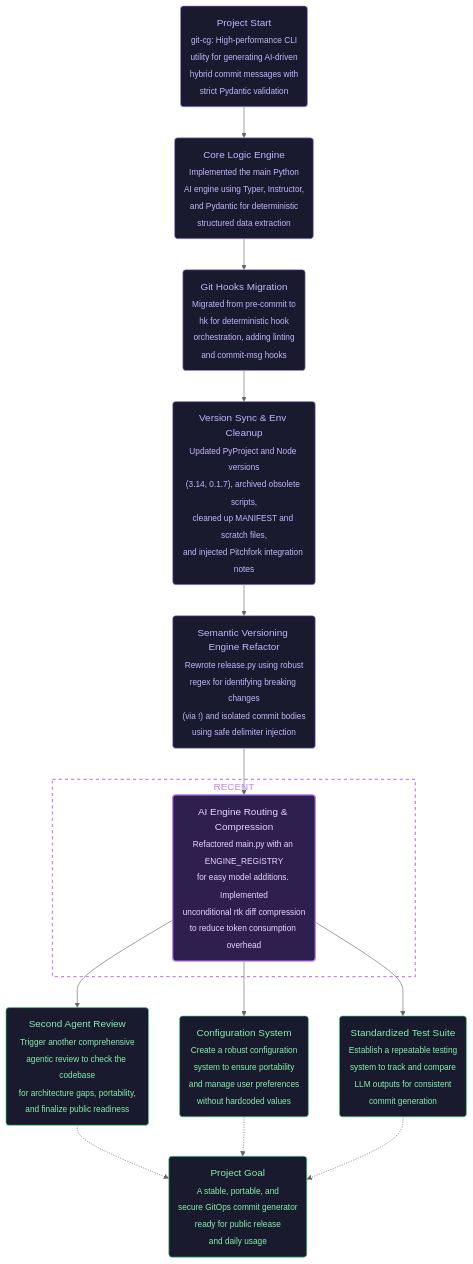
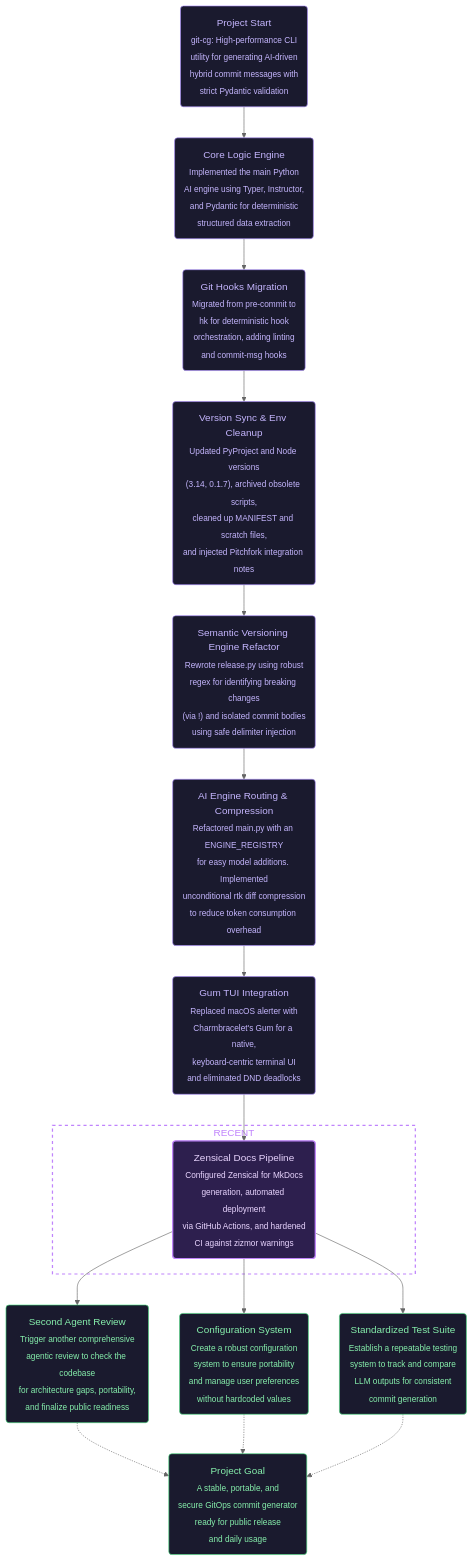
One commit to Thomo1318/gitCommitGenerator changed the diagram in vizvibe.mmd. Above: the diagram before and after it, drawn with Mermaid (neutral theme). The commit also changed 2 other files, not shown here.

```diff
--- a/vizvibe.mmd
+++ b/vizvibe.mmd
@@ -1,76 +1,86 @@
 flowchart TD
     %% === PROJECT GOALS ===
     %% Ultimate Goal: A stable, portable, and secure GitOps commit generator ready for public release.
     %% Current Goal: Finalize tech debt cleanup, AI refactor, and prepare for a second agent review.
 
     %% === START ===
     %% @project_start [start, closed, 2026-06-06, user]
     project_start("Project Start<br/><sub>git-cg: High-performance CLI<br/>utility for generating AI-driven<br/>hybrid commit messages with<br/>strict Pydantic validation</sub>")
 
     %% @ultimate_goal [end, opened, 2026-06-06, user]
     ultimate_goal("Project Goal<br/><sub>A stable, portable, and<br/>secure GitOps commit generator<br/>ready for public release<br/>and daily usage</sub>")
 
     %% === COMPLETED WORK ===
     %% @core_engine [ai-task, closed, 2026-06-06, user]
     core_engine("Core Logic Engine<br/><sub>Implemented the main Python<br/>AI engine using Typer, Instructor,<br/>and Pydantic for deterministic<br/>structured data extraction</sub>")
 
     %% @hk_migration [ai-task, closed, 2026-06-06, user]
     hk_migration("Git Hooks Migration<br/><sub>Migrated from pre-commit to<br/>hk for deterministic hook<br/>orchestration, adding linting<br/>and commit-msg hooks</sub>")
 
     %% @version_sync_and_cleanup [ai-task, closed, 2026-06-06, ai]
     version_sync_and_cleanup("Version Sync & Env Cleanup<br/><sub>Updated PyProject and Node versions<br/>(3.14, 0.1.7), archived obsolete scripts,<br/>cleaned up MANIFEST and scratch files,<br/>and injected Pitchfork integration notes</sub>")
 
     %% @semver_refactor [ai-task, closed, 2026-06-06, ai]
     semver_refactor("Semantic Versioning Engine Refactor<br/><sub>Rewrote release.py using robust<br/>regex for identifying breaking changes<br/>(via !) and isolated commit bodies<br/>using safe delimiter injection</sub>")
 
     %% @ai_routing_compression [ai-task, closed, 2026-06-06, ai]
     ai_routing_compression("AI Engine Routing & Compression<br/><sub>Refactored main.py with an ENGINE_REGISTRY<br/>for easy model additions. Implemented<br/>unconditional rtk diff compression<br/>to reduce token consumption overhead</sub>")
 
+    %% @gum_tui_integration [ai-task, closed, 2026-06-10, ai]
+    gum_tui_integration("Gum TUI Integration<br/><sub>Replaced macOS alerter with<br/>Charmbracelet's Gum for a native,<br/>keyboard-centric terminal UI<br/>and eliminated DND deadlocks</sub>")
+
+    %% @zensical_docs [ai-task, closed, 2026-06-10, ai]
+    zensical_docs("Zensical Docs Pipeline<br/><sub>Configured Zensical for MkDocs<br/>generation, automated deployment<br/>via GitHub Actions, and hardened<br/>CI against zizmor warnings</sub>")
+
     %% === FUTURE WORK ===
     %% @second_agent_review [ai-task, opened, 2026-06-06, ai]
     second_agent_review("Second Agent Review<br/><sub>Trigger another comprehensive<br/>agentic review to check the codebase<br/>for architecture gaps, portability,<br/>and finalize public readiness</sub>")
 
     %% @config_system [ai-task, opened, 2026-06-06, ai]
     config_system("Configuration System<br/><sub>Create a robust configuration<br/>system to ensure portability<br/>and manage user preferences<br/>without hardcoded values</sub>")
 
     %% @test_suite [ai-task, opened, 2026-06-06, ai]
     test_suite("Standardized Test Suite<br/><sub>Establish a repeatable testing<br/>system to track and compare<br/>LLM outputs for consistent<br/>commit generation</sub>")
 
     %% === CONNECTIONS ===
     project_start --> core_engine
     core_engine --> hk_migration
     hk_migration --> version_sync_and_cleanup
     version_sync_and_cleanup --> semver_refactor
     semver_refactor --> ai_routing_compression
-    ai_routing_compression --> second_agent_review
-    ai_routing_compression --> config_system
-    ai_routing_compression --> test_suite
+    ai_routing_compression --> gum_tui_integration
+    gum_tui_integration --> zensical_docs
+    zensical_docs --> second_agent_review
+    zensical_docs --> config_system
+    zensical_docs --> test_suite
     
     second_agent_review -.-> ultimate_goal
     config_system -.-> ultimate_goal
     test_suite -.-> ultimate_goal
 
     %% === RECENT WORK HIGHLIGHT ===
     subgraph recent [RECENT]
-        ai_routing_compression
+        zensical_docs
     end
 
     %% === STYLES ===
     %% Closed tasks (soft purple)
     style project_start fill:#1a1a2e,stroke:#a78bfa,color:#c4b5fd,stroke-width:1px
     style core_engine fill:#1a1a2e,stroke:#a78bfa,color:#c4b5fd,stroke-width:1px
     style hk_migration fill:#1a1a2e,stroke:#a78bfa,color:#c4b5fd,stroke-width:1px
     style version_sync_and_cleanup fill:#1a1a2e,stroke:#a78bfa,color:#c4b5fd,stroke-width:1px
     style semver_refactor fill:#1a1a2e,stroke:#a78bfa,color:#c4b5fd,stroke-width:1px
+    style ai_routing_compression fill:#1a1a2e,stroke:#a78bfa,color:#c4b5fd,stroke-width:1px
+    style gum_tui_integration fill:#1a1a2e,stroke:#a78bfa,color:#c4b5fd,stroke-width:1px
 
     %% Recent node (highlighted purple)
-    style ai_routing_compression fill:#2d1f4e,stroke:#c084fc,color:#e9d5ff,stroke-width:2px
+    style zensical_docs fill:#2d1f4e,stroke:#c084fc,color:#e9d5ff,stroke-width:2px
 
     %% Recent subgraph (dashed border)
     style recent fill:transparent,stroke:#c084fc,color:#c084fc,stroke-width:2px,stroke-dasharray:5 5
 
     %% Open tasks (soft green)
     style ultimate_goal fill:#1a1a2e,stroke:#4ade80,color:#86efac,stroke-width:1px
     style second_agent_review fill:#1a1a2e,stroke:#4ade80,color:#86efac,stroke-width:1px
     style config_system fill:#1a1a2e,stroke:#4ade80,color:#86efac,stroke-width:1px
     style test_suite fill:#1a1a2e,stroke:#4ade80,color:#86efac,stroke-width:1px
```
